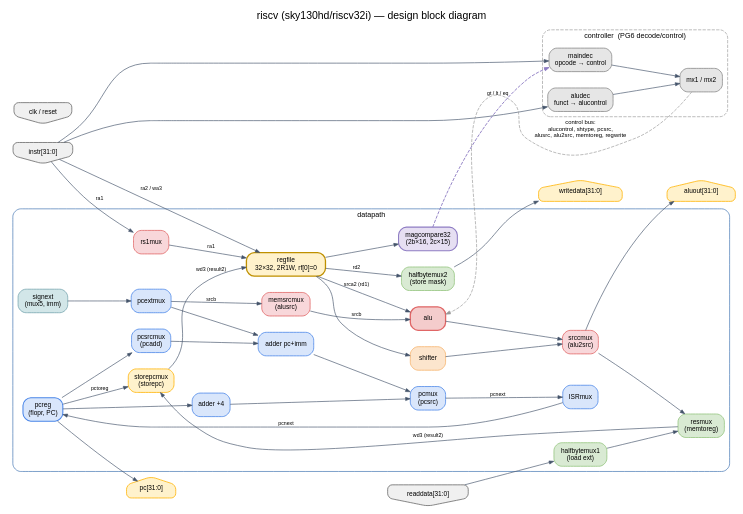
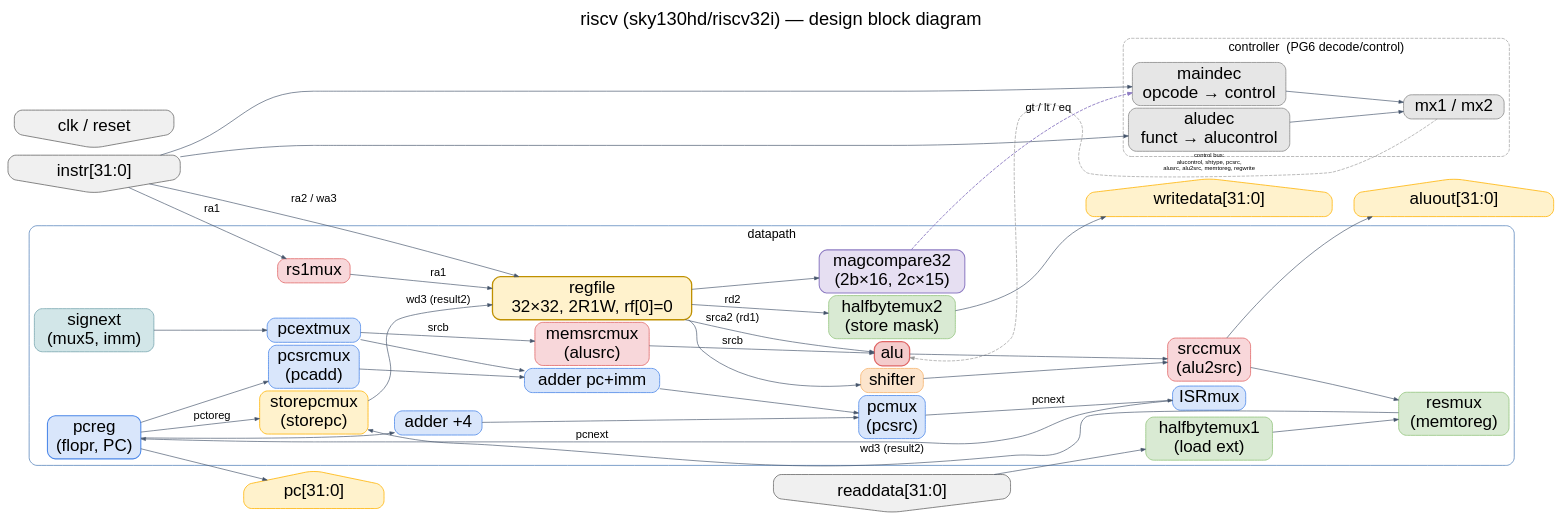
The diagram in flow/analysis/design.dot (wuhannus/lunarch), drawn with Graphviz before and after one commit. The commit also changed 2 other files, not shown here.

Commit message:
Block diagram: wider layout (nodesep 0.05, ranksep 0.45) and larger label fonts (26/17/19) for slide 5 legibility

```diff
--- a/flow/analysis/design.dot
+++ b/flow/analysis/design.dot
@@ -1,96 +1,96 @@
 digraph riscv_design {
   rankdir=LR;
-  graph [fontname="Helvetica", fontsize=12, splines=spline, nodesep=0.35, ranksep=0.7, bgcolor="white", labelloc="t", label="riscv (sky130hd/riscv32i) — design block diagram", fontsize=16];
-  node  [shape=box, style="rounded,filled", fontname="Helvetica", fontsize=10,
+  graph [fontname="Helvetica", splines=spline, nodesep=0.05, ranksep=0.45, bgcolor="white", labelloc="t", label="riscv (sky130hd/riscv32i) — design block diagram", fontsize=28];
+  node  [shape=box, style="rounded,filled", fontname="Helvetica", fontsize=26,
          fillcolor="#eef3fb", color="#3b6fb0", penwidth=1.2, margin="0.08,0.05"];
-  edge  [fontname="Helvetica", fontsize=8, color="#44546a", arrowsize=0.7, penwidth=1.0];
+  edge  [fontname="Helvetica", fontsize=17, color="#44546a", arrowsize=0.7, penwidth=1.0];
 
   /* Ports */
   instr    [shape=invhouse, fillcolor="#f0f0f0", color="#666666", label="instr[31:0]"];
   readdata [shape=invhouse, fillcolor="#f0f0f0", color="#666666", label="readdata[31:0]"];
   clk      [shape=invhouse, fillcolor="#f0f0f0", color="#666666", label="clk / reset"];
   pc_out   [shape=house, fillcolor="#fff2cc", color="#ffb300", label="pc[31:0]"];
   aluout   [shape=house, fillcolor="#fff2cc", color="#ffb300", label="aluout[31:0]"];
   wdata    [shape=house, fillcolor="#fff2cc", color="#ffb300", label="writedata[31:0]"];
 
   subgraph cluster_ctrl {
-    label="controller  (PG6 decode/control)"; fontsize=11; color="#999999"; style="rounded,dashed";
+    label="controller  (PG6 decode/control)"; fontsize=19; color="#999999"; style="rounded,dashed";
     maindec  [label="maindec\nopcode → control", fillcolor="#e6e6e6", color="#888888"];
     aludec   [label="aludec\nfunct → alucontrol", fillcolor="#e6e6e6", color="#888888"];
     ctrlmux  [label="mx1 / mx2", fillcolor="#e6e6e6", color="#888888"];
   }
 
   subgraph cluster_dp {
-    label="datapath"; fontsize=11; color="#3b6fb0"; style="rounded";
+    label="datapath"; fontsize=19; color="#3b6fb0"; style="rounded";
 
     /* PG1 PC / fetch */
     pcreg    [label="pcreg\n(flopr, PC)", fillcolor="#d9e6fb", color="#4a86e8", penwidth=1.6];
     pcadder  [label="adder +4", fillcolor="#d9e6fb", color="#4a86e8"];
     pcimm    [label="adder pc+imm", fillcolor="#d9e6fb", color="#4a86e8"];
     pcsrcmux [label="pcsrcmux\n(pcadd)", fillcolor="#d9e6fb", color="#4a86e8"];
     pcmux    [label="pcmux\n(pcsrc)", fillcolor="#d9e6fb", color="#4a86e8"];
     isrmux   [label="ISRmux", fillcolor="#d9e6fb", color="#4a86e8"];
     pcextmux [label="pcextmux", fillcolor="#d9e6fb", color="#4a86e8"];
 
     /* PG7 immediate */
     signext  [label="signext\n(mux5, imm)", fillcolor="#d2e6e8", color="#76a5af"];
 
     /* register file */
     regfile  [label="regfile\n32×32, 2R1W, rf[0]=0", fillcolor="#fff2cc", color="#bf9000", penwidth=2.0];
 
     /* PG2 execute/ALU */
     rs1mux   [label="rs1mux", fillcolor="#f8d7da", color="#e06666"];
     memsrcmux[label="memsrcmux\n(alusrc)", fillcolor="#f8d7da", color="#e06666"];
     alu      [label="alu", fillcolor="#f4cccc", color="#e06666", penwidth=2.0];
     srccmux  [label="srccmux\n(alu2src)", fillcolor="#f8d7da", color="#e06666"];
 
     /* PG3 shift */
     shifter  [label="shifter", fillcolor="#fce5cd", color="#f6b26b"];
 
     /* PG5 compare */
     magcmp   [label="magcompare32\n(2b×16, 2c×15)", fillcolor="#e6dff2", color="#8e7cc3", penwidth=1.6];
 
     /* PG4 memory */
     hb1      [label="halfbytemux1\n(load ext)", fillcolor="#d9ead3", color="#93c47d"];
     hb2      [label="halfbytemux2\n(store mask)", fillcolor="#d9ead3", color="#93c47d"];
     resmux   [label="resmux\n(memtoreg)", fillcolor="#d9ead3", color="#93c47d"];
 
     /* PG8 output / write-back */
     storepcmux[label="storepcmux\n(storepc)", fillcolor="#fff2cc", color="#ffb300"];
   }
 
   /* ---- control fan-out ---- */
   instr -> maindec;
   instr -> aludec;
   maindec -> ctrlmux;
   aludec  -> ctrlmux;
   ctrlmux -> alu [label="control bus:\nalucontrol, shtype, pcsrc,\nalusrc, alu2src, memtoreg, regwrite",
                   style=dashed, color="#999999", constraint=false, fontsize=9];
 
   /* ---- PG1 fetch ---- */
   pcreg -> pcadder -> pcmux;
   pcreg -> pcsrcmux -> pcimm -> pcmux;
   signext -> pcextmux -> pcimm;
   pcmux -> isrmux -> pcreg [label="pcnext"];
   pcreg -> pc_out;
 
   /* ---- datapath ---- */
   instr -> rs1mux -> regfile [label="ra1"];
   instr -> regfile [label="ra2 / wa3"];
   regfile -> alu     [label="srca2 (rd1)"];
   regfile -> shifter;
   regfile -> magcmp;
   regfile -> hb2     [label="rd2"];
   pcextmux -> memsrcmux -> alu [label="srcb"];
   alu     -> srccmux;
   shifter -> srccmux;
   srccmux -> aluout;
   srccmux -> resmux;
   readdata -> hb1 -> resmux;
   resmux -> storepcmux -> regfile [label="wd3 (result2)"];
   pcreg  -> storepcmux [label="pctoreg"];
   hb2    -> wdata;
 
   /* ---- PG5 branch feedback ---- */
   magcmp -> maindec [label="gt / lt / eq", color="#8e7cc3", style=dashed, penwidth=1.4];
 }
```
